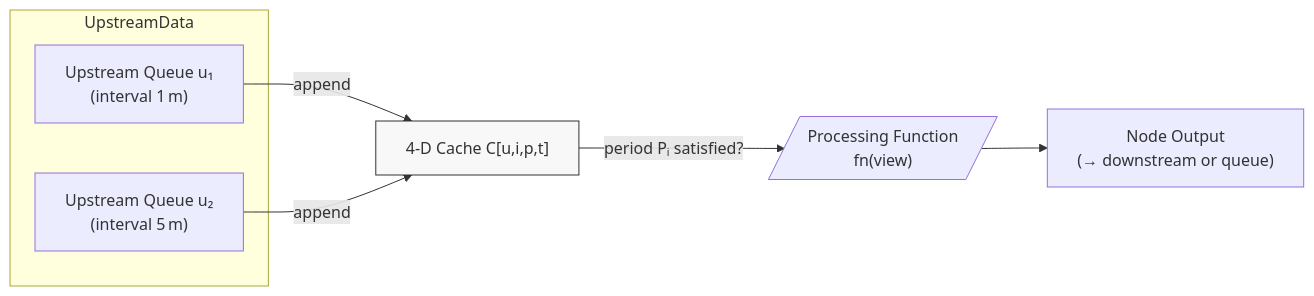
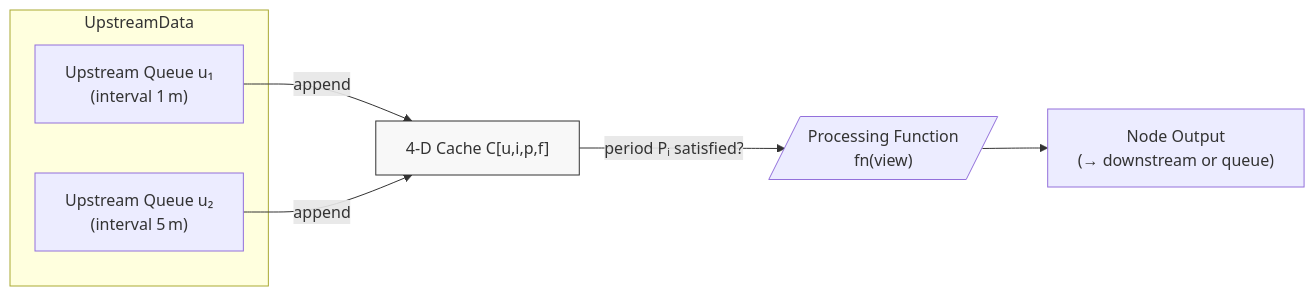
Before and after one commit to hyophyop/qmtl: the first of 2 diagrams in architecture.md, drawn with Mermaid. The commit also changed other lines of this file and 1 other file, not shown here.

Commit message:
docs: align NodeCache axes with implementation

````diff
--- a/architecture.md
+++ b/architecture.md
@@ -119,13 +119,13 @@
 ```mermaid
 flowchart LR
     subgraph UpstreamData
         U1["Upstream Queue u₁<br/>(interval 1 m)"]
         U2["Upstream Queue u₂<br/>(interval 5 m)"]
     end
-    U1 -->|append| C["4‑D Cache C[u,i,p,t]"]
+    U1 -->|append| C["4‑D Cache C[u,i,p,f]"]
     U2 -->|append| C
     C -->|period Pᵢ satisfied?| FN[/"Processing&nbsp;Function<br/>fn(view)"/]
     FN --> OUT["Node Output<br/>(→ downstream or queue)"]
     classDef dim fill:#f8f8f8,stroke:#333,stroke-width:1px;
     class C dim;
 ```
````
